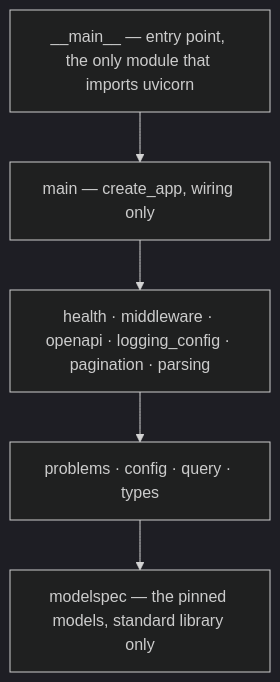
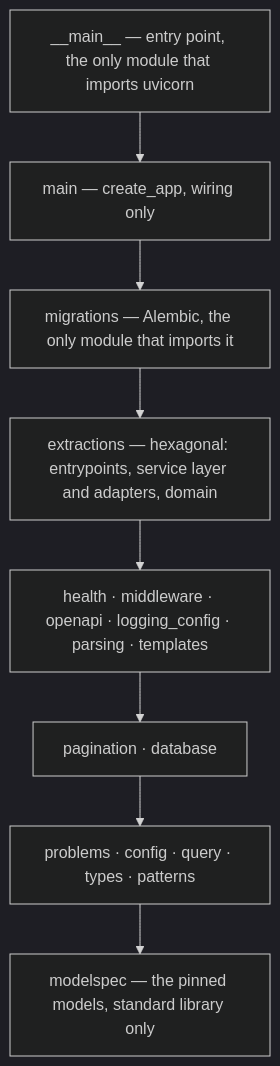
Before and after one commit to JanSzewczyk/form-lens-api: the diagram in README.md, drawn with Mermaid (dark theme). The commit also changed other lines of this file and 17 other files, not shown here.

````diff
--- a/README.md
+++ b/README.md
@@ -373,9 +451,12 @@
 ```mermaid
 flowchart TD
     entry["__main__ — entry point, the only module that imports uvicorn"]
     factory["main — create_app, wiring only"]
-    features["health · middleware · openapi · logging_config · pagination · parsing"]
-    foundations["problems · config · query · types"]
+    migrations["migrations — Alembic, the only module that imports it"]
+    extractions["extractions — hexagonal: entrypoints, service layer and adapters, domain"]
+    features["health · middleware · openapi · logging_config · parsing · templates"]
+    storage["pagination · database"]
+    foundations["problems · config · query · types · patterns"]
     spec["modelspec — the pinned models, standard library only"]
-    entry --> factory --> features --> foundations --> spec
+    entry --> factory --> migrations --> extractions --> features --> storage --> foundations --> spec
 ```
````
